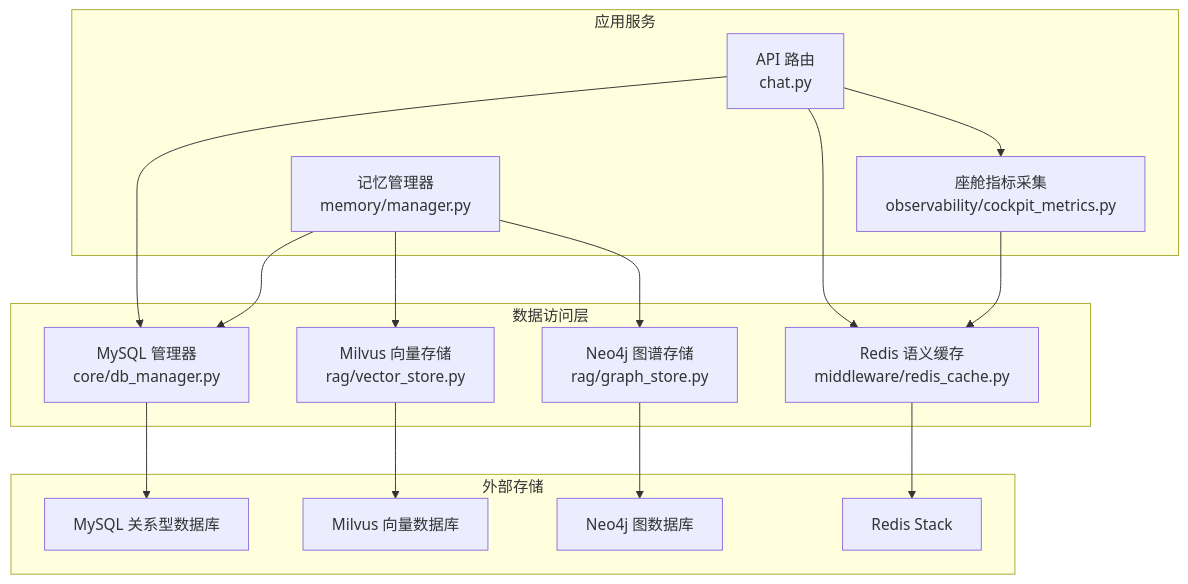
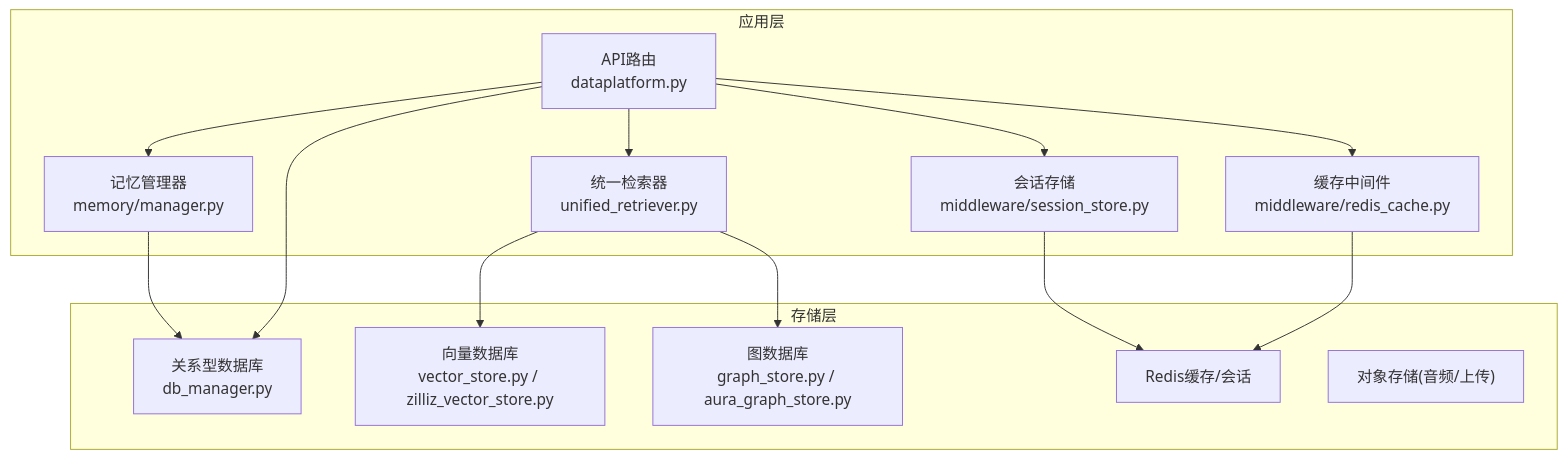
Before and after one commit to zmdhdu/NexusCockpit: the first of 6 diagrams in .qoder/repowiki/zh/content/数据存储设计/数据存储设计.md, drawn with Mermaid. The commit also changed other lines of this file and 535 other files, not shown here.

````diff
--- a/.qoder/repowiki/zh/content/数据存储设计/数据存储设计.md
+++ b/.qoder/repowiki/zh/content/数据存储设计/数据存储设计.md
@@ -41,31 +52,27 @@
 ```mermaid
 graph TB
-subgraph "应用服务"
-API["API 路由<br/>chat.py"]
-MM["记忆管理器<br/>memory/manager.py"]
-CM["座舱指标采集<br/>observability/cockpit_metrics.py"]
+subgraph "应用层"
+API["API路由<br/>dataplatform.py"]
+RAG["统一检索器<br/>unified_retriever.py"]
+Memory["记忆管理器<br/>memory/manager.py"]
+Session["会话存储<br/>middleware/session_store.py"]
+Cache["缓存中间件<br/>middleware/redis_cache.py"]
 end
-subgraph "数据访问层"
-DBM["MySQL 管理器<br/>core/db_manager.py"]
-VEC["Milvus 向量存储<br/>rag/vector_store.py"]
-GRP["Neo4j 图谱存储<br/>rag/graph_store.py"]
-REDIS["Redis 语义缓存<br/>middleware/redis_cache.py"]
+subgraph "存储层"
+DB["关系型数据库<br/>db_manager.py"]
+Vector["向量数据库<br/>vector_store.py / zilliz_vector_store.py"]
+Graph["图数据库<br/>graph_store.py / aura_graph_store.py"]
+Redis["Redis缓存/会话"]
+Obj["对象存储(音频/上传)"]
 end
-subgraph "外部存储"
-MYSQL["MySQL 关系型数据库"]
-MILVUS["Milvus 向量数据库"]
-NEO4J["Neo4j 图数据库"]
-REDIS_S["Redis Stack"]
-end
-API --> REDIS
-API --> DBM
-API --> CM
-MM --> VEC
-MM --> GRP
-MM --> DBM
-CM --> REDIS
-REDIS --> REDIS_S
-VEC --> MILVUS
-GRP --> NEO4J
-DBM --> MYSQL
+API --> RAG
+API --> Memory
+API --> Session
+API --> Cache
+RAG --> Vector
+RAG --> Graph
+Memory --> DB
+Session --> Redis
+Cache --> Redis
+API --> DB
 ```
````
